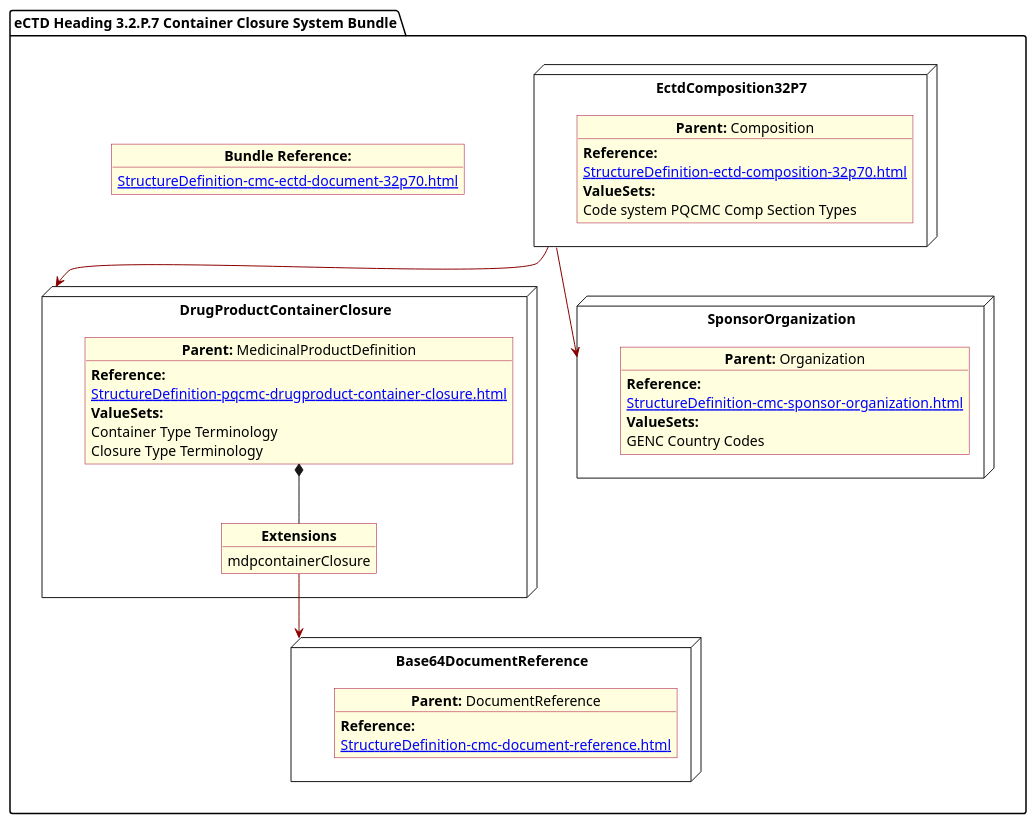
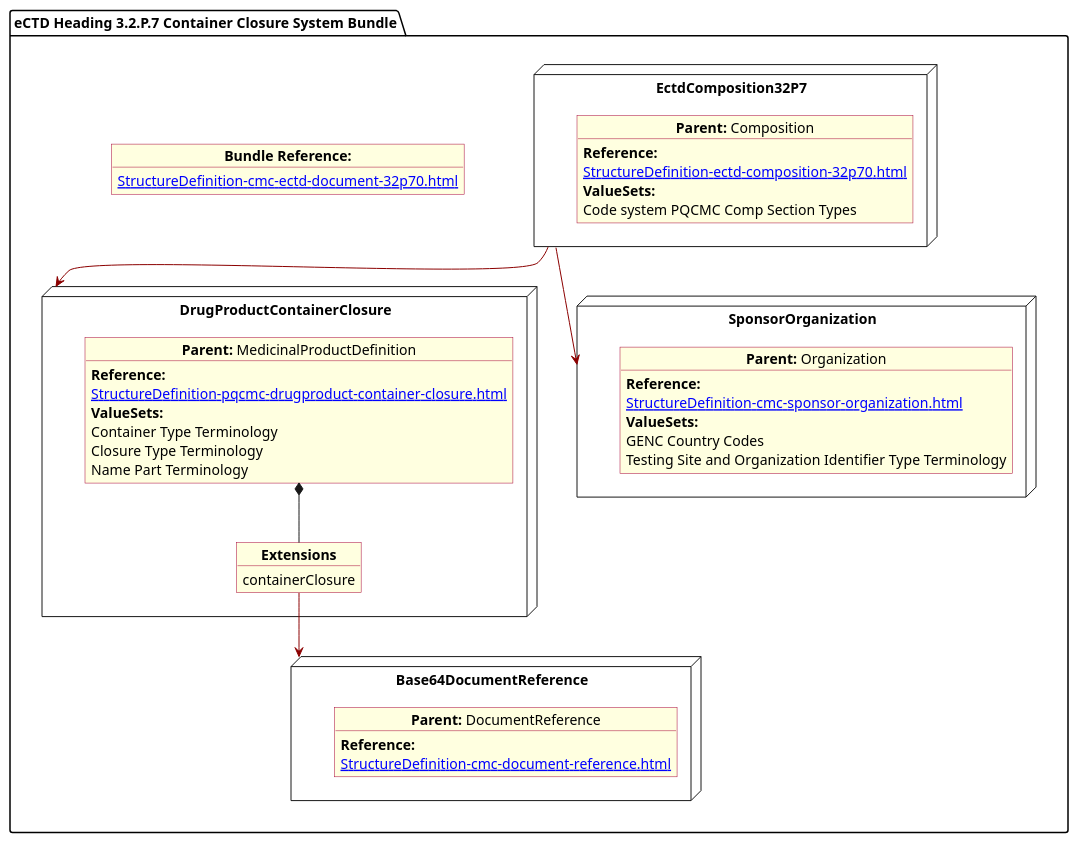
One commit to HL7/FHIR-us-pq-cmc-fda changed the diagram in input/images-source/ContainerClosure.plantuml. Above: the diagram before and after it, drawn with PlantUML. The commit also changed 24 other files, not shown here.

```diff
--- a/input/images-source/ContainerClosure.plantuml
+++ b/input/images-source/ContainerClosure.plantuml
@@ -1,55 +1,65 @@
 @startuml ContainerClosure
 allowmixing
 'Mixed model of use case and object
 skinparam svgDimensionStyle false
 skinparam ObjectBackgroundColor LightYellow
 skinparam ObjectBorderColor #A80036
 skinparam activityDiamondBorderColor #A80036
 skinparam activityDiamondBackgroundColor lawnGreen
 skinparam ClassBorderThickness 4
 
 package "eCTD Heading 3.2.P.7 Container Closure System Bundle" as NODES {
     object "**Bundle Reference:**" as objbun {
-              [[StructureDefinition-cmc-ectd-document-32p70.html]]
-    }   
-  node "EctdComposition32P7" as N1 { 
-      object "**Parent:** Composition" as obj1 {
-      **Reference:**
-      [[StructureDefinition-ectd-composition-32p70.html]]
-      **ValueSets:**
-  Code system PQCMC Comp Section Types
-    }   
-}
-node "DrugProductContainerClosure" as N21 { 
-      object "**Parent:** MedicinalProductDefinition" as obj22 {
-           **Reference:**
-      [[StructureDefinition-pqcmc-drugproduct-container-closure.html]]
-        **ValueSets:**
-        Container Type Terminology
-        Closure Type Terminology
+        [[StructureDefinition-cmc-ectd-document-32p70.html]]
     }
-    object "**Extensions**" as objEx {
-        mdpcontainerClosure
+
+    node "EctdComposition32P7" as N1 {
+
+        object "**Parent:** Composition" as obj1 {
+            **Reference:**
+            [[StructureDefinition-ectd-composition-32p70.html]]
+            **ValueSets:**
+            Code system PQCMC Comp Section Types
+        }
+
     }
-    obj22 *-- objEx
-}
-node "Base64DocumentReference" as NB64 { 
-      object "**Parent:** DocumentReference"  as obj64 {  
-       **Reference:**
-      [[StructureDefinition-cmc-document-reference.html]] 
-    }   
-}
-node "SponsorOrganization" as NSO { 
-      object "**Parent:** Organization" as objAu {
-           **Reference:**
-      [[StructureDefinition-cmc-sponsor-organization.html]]
-        **ValueSets:**
-        GENC Country Codes
+    node "DrugProductContainerClosure" as N21 {
+
+        object "**Parent:** MedicinalProductDefinition" as obj22 {
+            **Reference:**
+            [[StructureDefinition-pqcmc-drugproduct-container-closure.html]]
+            **ValueSets:**
+            Container Type Terminology
+            Closure Type Terminology
+            Name Part Terminology
+        }
+        object "**Extensions**" as objEx {
+            containerClosure
+        }
+        obj22 *-- objEx
     }
-}
+    node "Base64DocumentReference" as NB64 {
+
+        object "**Parent:** DocumentReference" as obj64 {
+
+            **Reference:**
+            [[StructureDefinition-cmc-document-reference.html]]
+        }
+
+    }
+    node "SponsorOrganization" as NSO {
+
+        object "**Parent:** Organization" as objAu {
+            **Reference:**
+            [[StructureDefinition-cmc-sponsor-organization.html]]
+            **ValueSets:**
+            GENC Country Codes
+            Testing Site and Organization Identifier Type Terminology
+        }
+    }
 }
 
 N1 -[#darkred]-> N21
 N1 -[#darkred]-> NSO
-objEx -[#darkred]-> NB64 
+objEx -[#darkred]-> NB64
 @enduml
```
